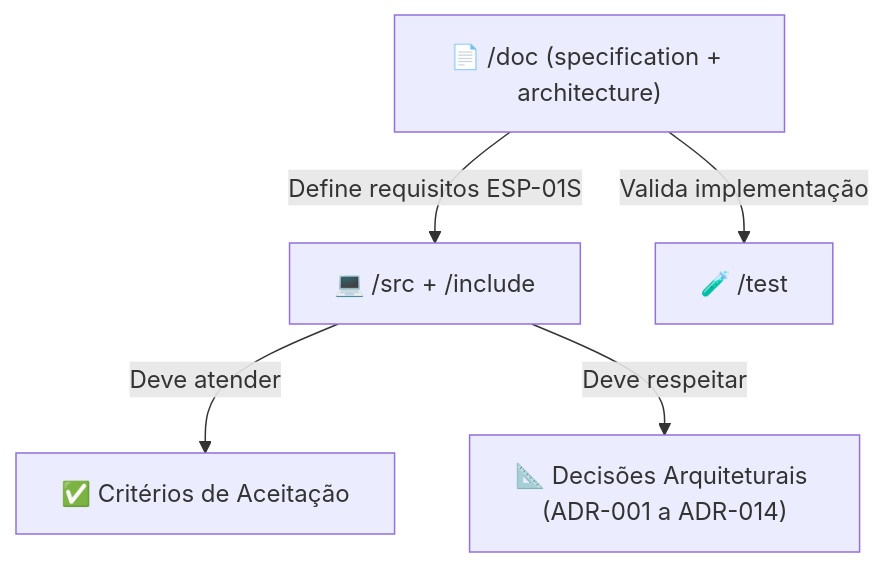
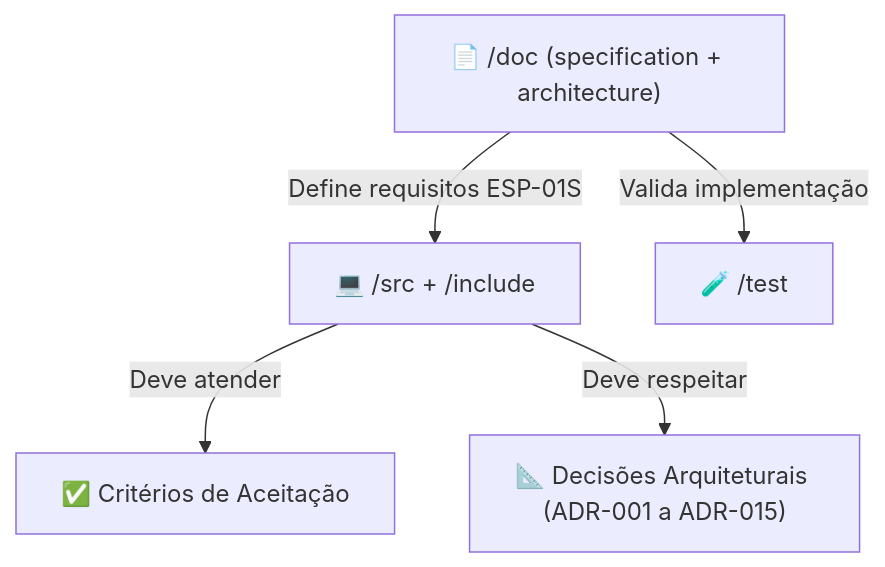
The diagram in doc/README.md (profRonaldoIFPI/IrrigaSolo_ESP01s), drawn with Mermaid before and after one commit. The commit also changed other lines of this file and 9 other files, not shown here.

````diff
--- a/doc/README.md
+++ b/doc/README.md
@@ -18,8 +18,8 @@
 ```mermaid
 flowchart TD
     DOC["📄 /doc (specification + architecture)"]
     DOC -->|"Define requisitos ESP-01S"| CODE["💻 /src + /include"]
     DOC -->|"Valida implementação"| TEST["🧪 /test"]
     CODE -->|"Deve atender"| CA["✅ Critérios de Aceitação"]
-    CODE -->|"Deve respeitar"| ADR["📐 Decisões Arquiteturais (ADR-001 a ADR-014)"]
+    CODE -->|"Deve respeitar"| ADR["📐 Decisões Arquiteturais (ADR-001 a ADR-015)"]
 ```
````
